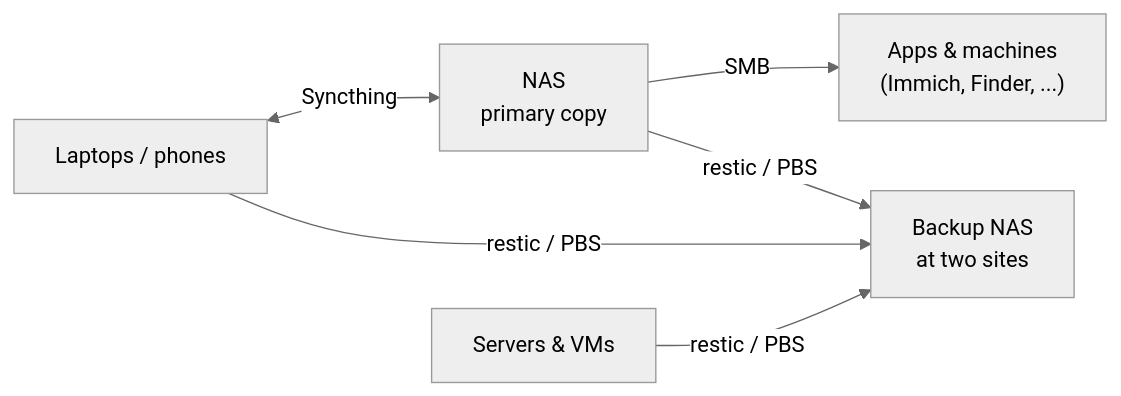
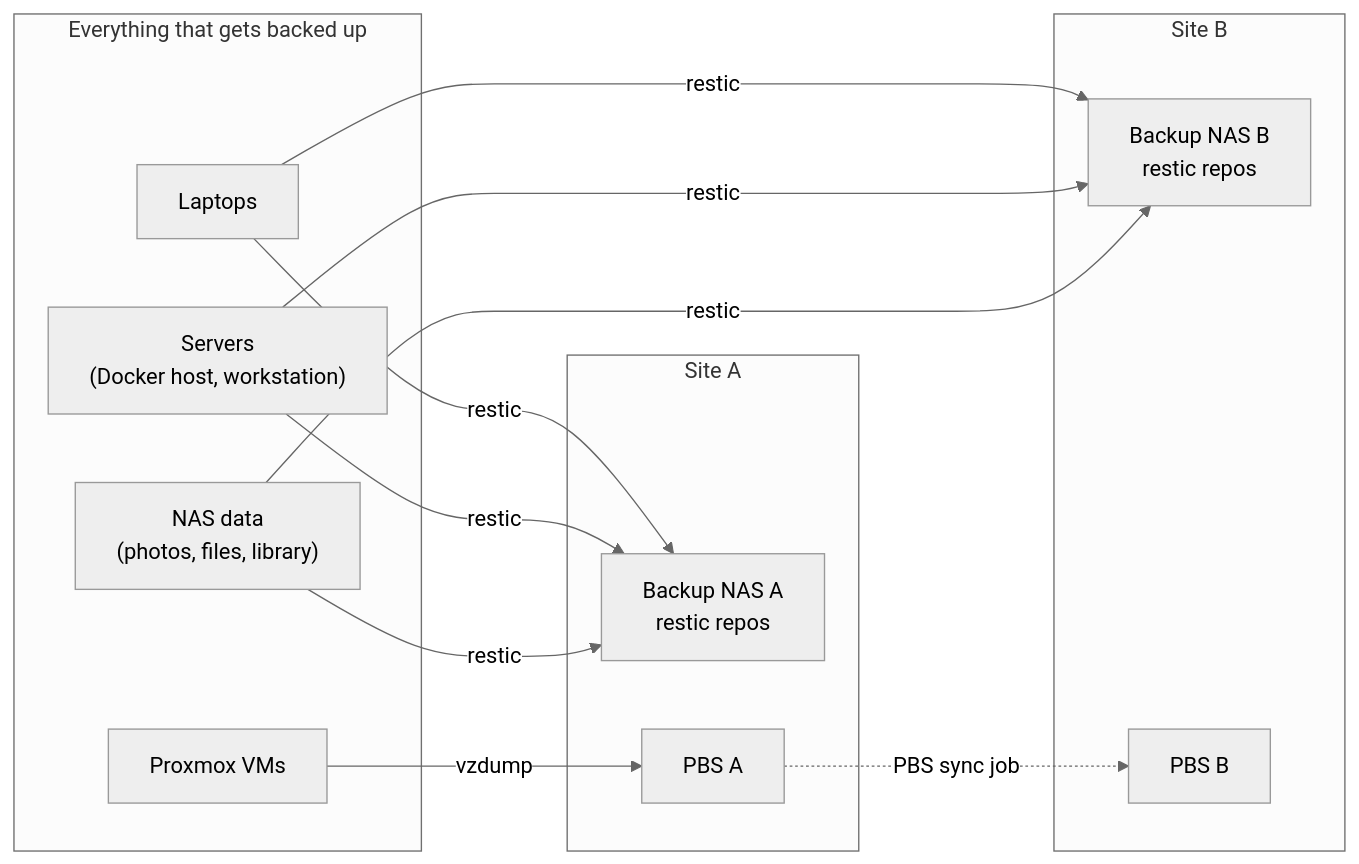
The diagram in docs/files/index.md (Kiyam/handbook), drawn with Mermaid (neutral theme) before and after one commit. The commit also changed other lines of this file and 1 other file, not shown here.

Commit message:
Files: reuse backups diagram, drop status note

````diff
--- a/docs/files/index.md
+++ b/docs/files/index.md
@@ -5,6 +5,21 @@
 ```mermaid
 flowchart LR
-    devices["Laptops / phones"] <-- "Syncthing" --> nas["NAS<br/>primary copy"]
-    nas -- "SMB" --> apps["Apps & machines<br/>(Immich, Finder, ...)"]
-    nas & devices & servers["Servers & VMs"] -- "restic / PBS" --> backups["Backup NAS<br/>at two sites"]
+    subgraph sources["Everything that gets backed up"]
+        laptops["Laptops"]
+        servers["Servers<br/>(Docker host, workstation)"]
+        nasdata["NAS data<br/>(photos, files, library)"]
+        vms["Proxmox VMs"]
+    end
+    subgraph siteA["Site A"]
+        nasA["Backup NAS A<br/>restic repos"]
+        pbsA["PBS A"]
+    end
+    subgraph siteB["Site B"]
+        nasB["Backup NAS B<br/>restic repos"]
+        pbsB["PBS B"]
+    end
+    laptops & servers & nasdata -- restic --> nasA
+    laptops & servers & nasdata -- restic --> nasB
+    vms -- vzdump --> pbsA
+    pbsA -. "PBS sync job" .-> pbsB
 ```
````
